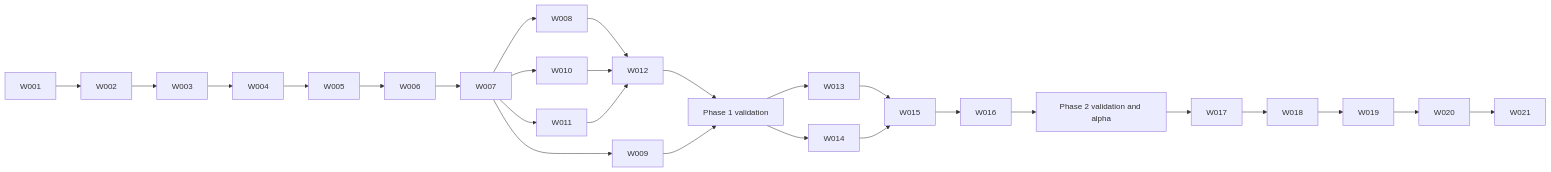
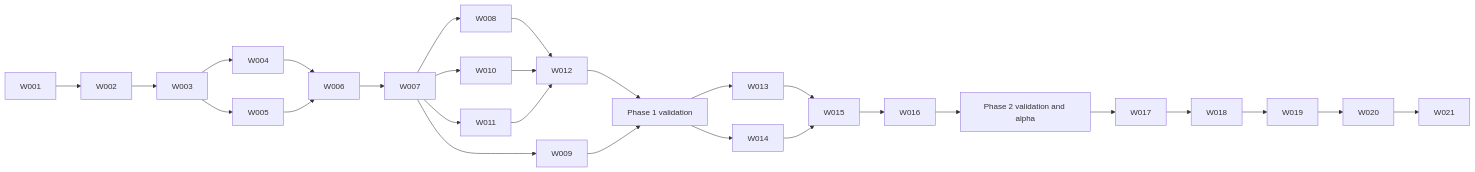
One commit to thg1rb/lamun changed the second of 2 diagrams in docs/PLAN.md. Above: the diagram before and after it, drawn with Mermaid. The commit also changed other lines of this file and 7 other files, not shown here.

````diff
--- a/docs/PLAN.md
+++ b/docs/PLAN.md
@@ -220,19 +224,23 @@
 ```mermaid
 flowchart LR
-    W001 --> W002 --> W003 --> W004 --> W005 --> W006
+    W001 --> W002 --> W003
+    W003 --> W004
+    W003 --> W005
+    W004 --> W006
+    W005 --> W006
     W006 --> W007
     W007 --> W008
     W007 --> W009
     W007 --> W010
     W007 --> W011
     W008 --> W012
     W010 --> W012
     W011 --> W012
     W012 --> P1[Phase 1 validation]
     W009 --> P1
     P1 --> W013
     P1 --> W014
     W013 --> W015
     W014 --> W015 --> W016 --> P2[Phase 2 validation and alpha]
     P2 --> W017 --> W018 --> W019 --> W020 --> W021
 ```
````
